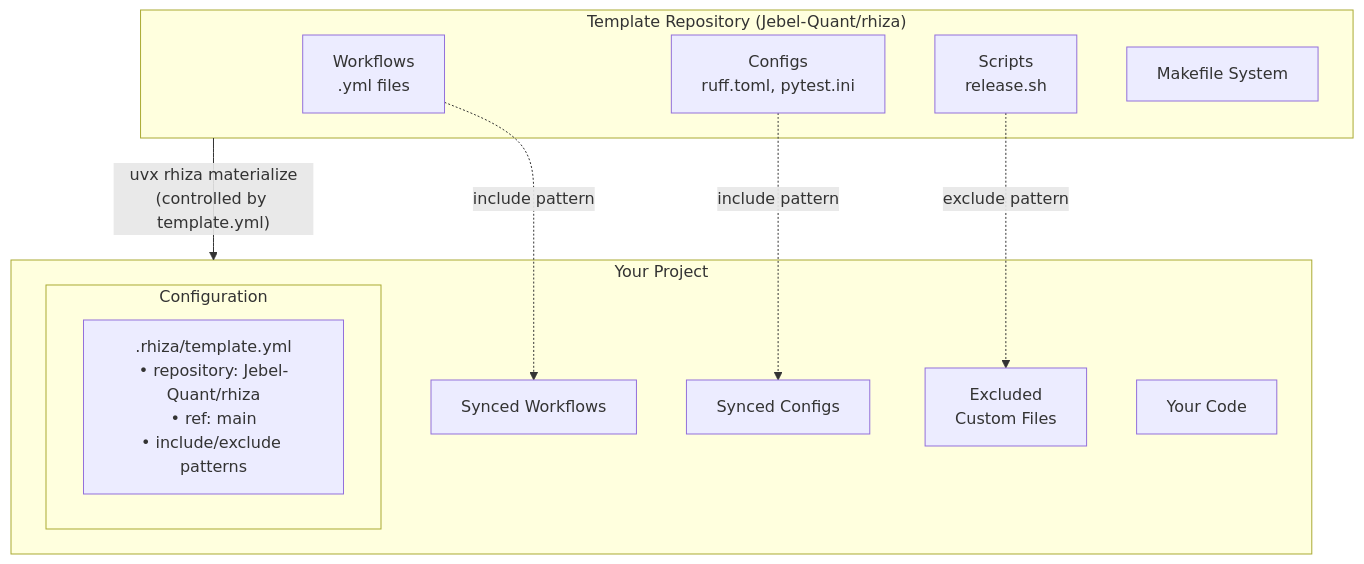
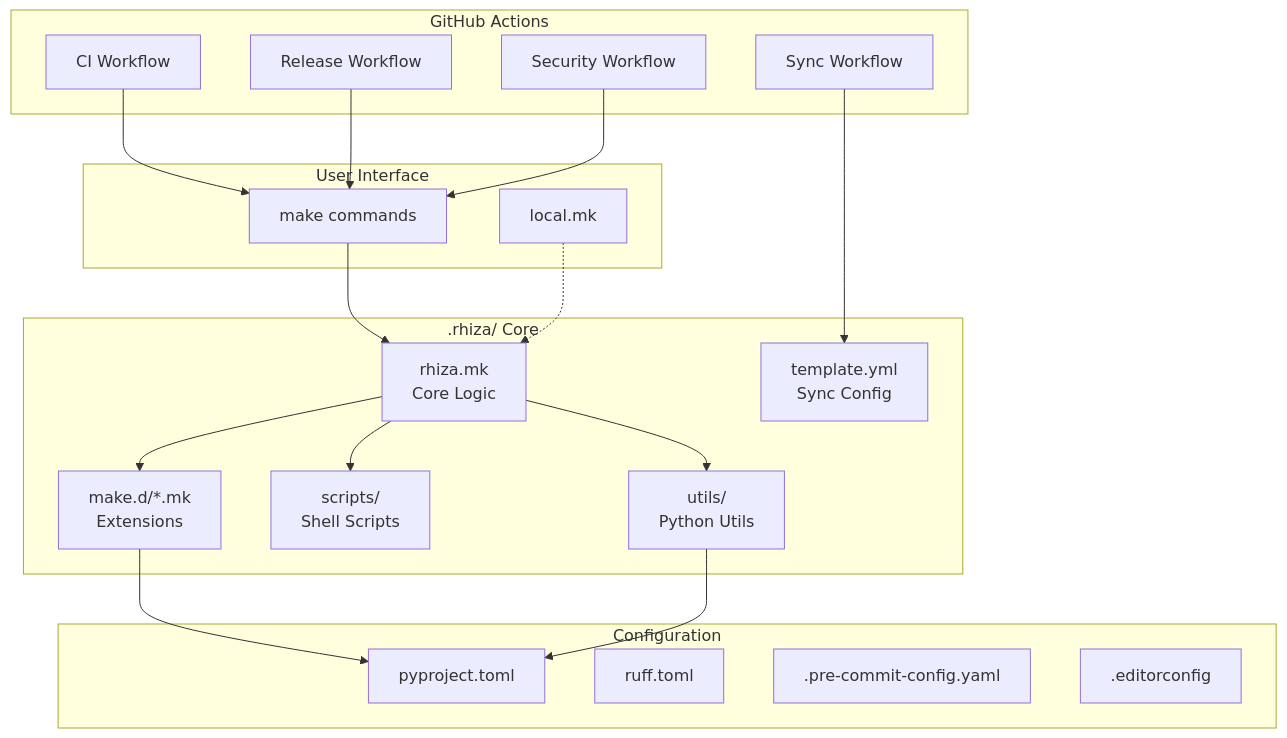
The first of 8 diagrams in docs/architecture.md (Jebel-Quant/rhiza), drawn with Mermaid before and after one commit. The commit also changed other lines of this file and 1 other file, not shown here.

````diff
--- a/docs/architecture.md
+++ b/docs/architecture.md
@@ -11,25 +7,41 @@
 ```mermaid
 flowchart TB
-    subgraph Template["Template Repository (Jebel-Quant/rhiza)"]
-        TW[Workflows<br>.yml files]
-        TC[Configs<br>ruff.toml, pytest.ini]
-        TS[Scripts<br>release.sh]
-        TM[Makefile System]
+    subgraph User["User Interface"]
+        make[make commands]
+        local[local.mk]
     end
 
-    subgraph Project["Your Project"]
-        subgraph Config["Configuration"]
-            YAML[".rhiza/template.yml<br>• repository: Jebel-Quant/rhiza<br>• ref: main<br>• include/exclude patterns"]
-        end
-
-        SW[Synced Workflows]
-        SC[Synced Configs]
-        EX[Excluded<br>Custom Files]
-        YC[Your Code]
+    subgraph Core[".rhiza/ Core"]
+        rhizamk[rhiza.mk<br/>Core Logic]
+        maked[make.d/*.mk<br/>Extensions]
+        scripts[scripts/<br/>Shell Scripts]
+        utils[utils/<br/>Python Utils]
+        template[template.yml<br/>Sync Config]
     end
 
-    Template -->|"uvx rhiza materialize<br>(controlled by template.yml)"| Project
-    TW -.->|include pattern| SW
-    TC -.->|include pattern| SC
-    TS -.->|exclude pattern| EX
+    subgraph Config["Configuration"]
+        pyproject[pyproject.toml]
+        ruff[ruff.toml]
+        precommit[.pre-commit-config.yaml]
+        editorconfig[.editorconfig]
+    end
+
+    subgraph CI["GitHub Actions"]
+        ci[CI Workflow]
+        release[Release Workflow]
+        security[Security Workflow]
+        sync[Sync Workflow]
+    end
+
+    make --> rhizamk
+    local -.-> rhizamk
+    rhizamk --> maked
+    rhizamk --> scripts
+    rhizamk --> utils
+    maked --> pyproject
+    utils --> pyproject
+    ci --> make
+    release --> make
+    security --> make
+    sync --> template
 ```
````
